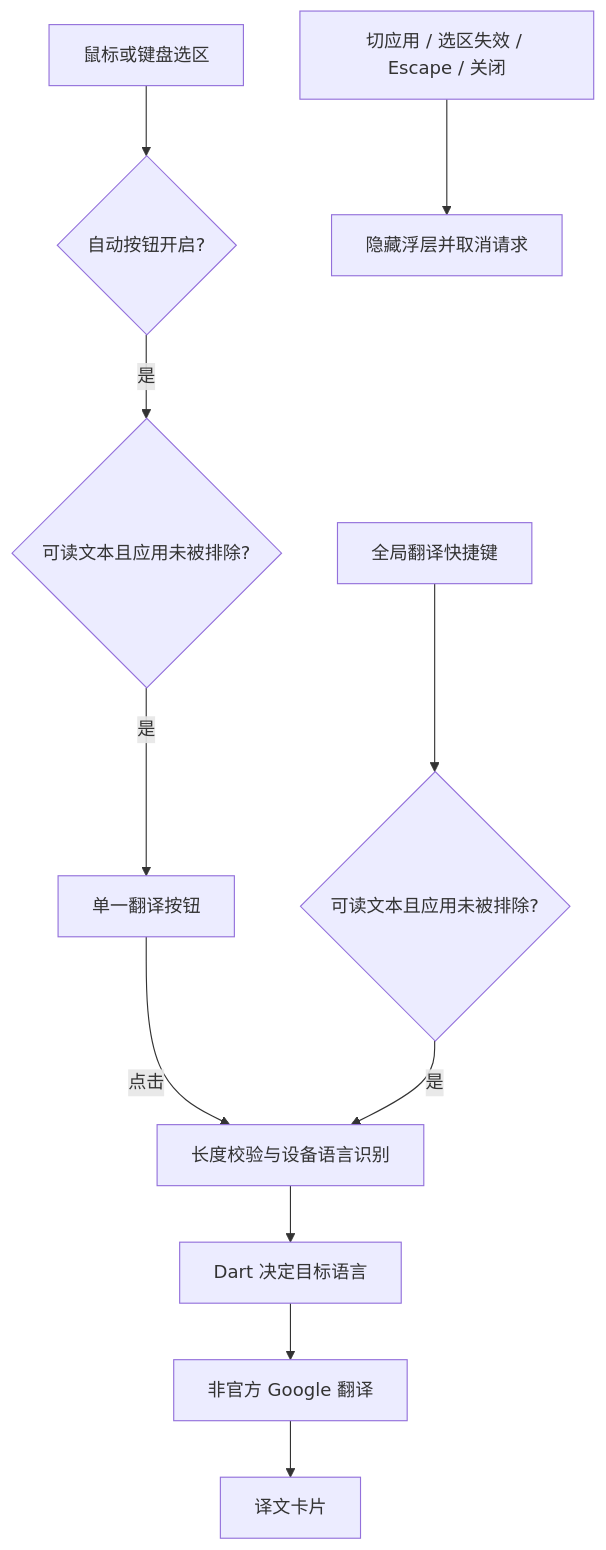
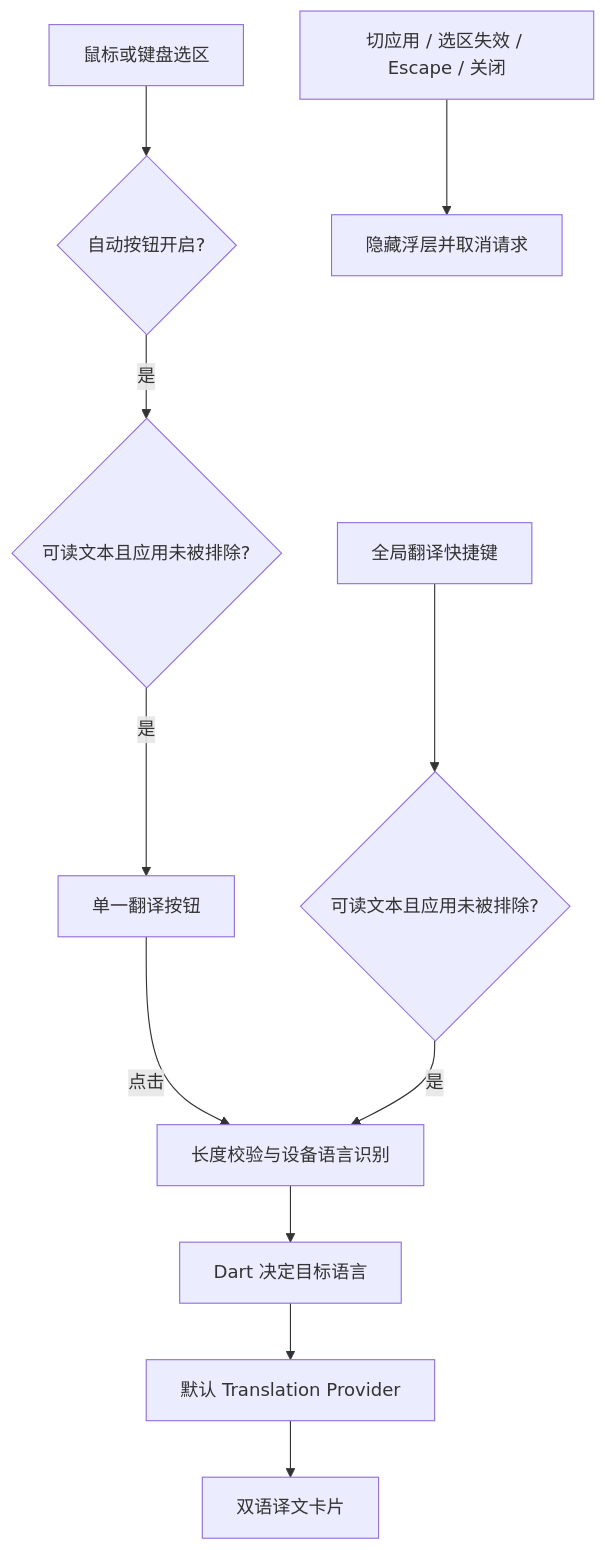
The diagram in docs/architecture.md (1504101951/translateApp), drawn with Mermaid before and after one commit. The commit also changed other lines of this file and 19 other files, not shown here.

````diff
--- a/docs/architecture.md
+++ b/docs/architecture.md
@@ -15,13 +15,13 @@
 ```mermaid
 flowchart TD
     A[鼠标或键盘选区] --> B{自动按钮开启?}
     B -- 是 --> C{可读文本且应用未被排除?}
     C -- 是 --> D[单一翻译按钮]
     D -- 点击 --> F[长度校验与设备语言识别]
     E[全局翻译快捷键] --> G{可读文本且应用未被排除?}
     G -- 是 --> F
     F --> H[Dart 决定目标语言]
-    H --> I[非官方 Google 翻译]
-    I --> J[译文卡片]
+    H --> I[默认 Translation Provider]
+    I --> J[双语译文卡片]
     K[切应用 / 选区失效 / Escape / 关闭] --> L[隐藏浮层并取消请求]
 ```
````
